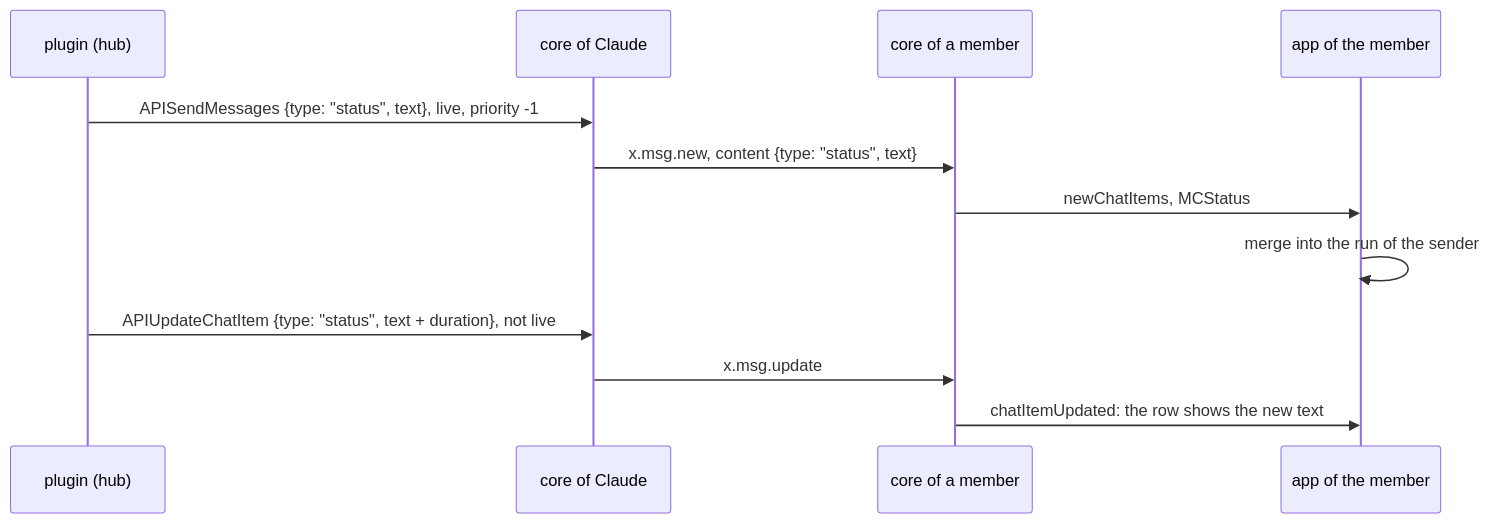
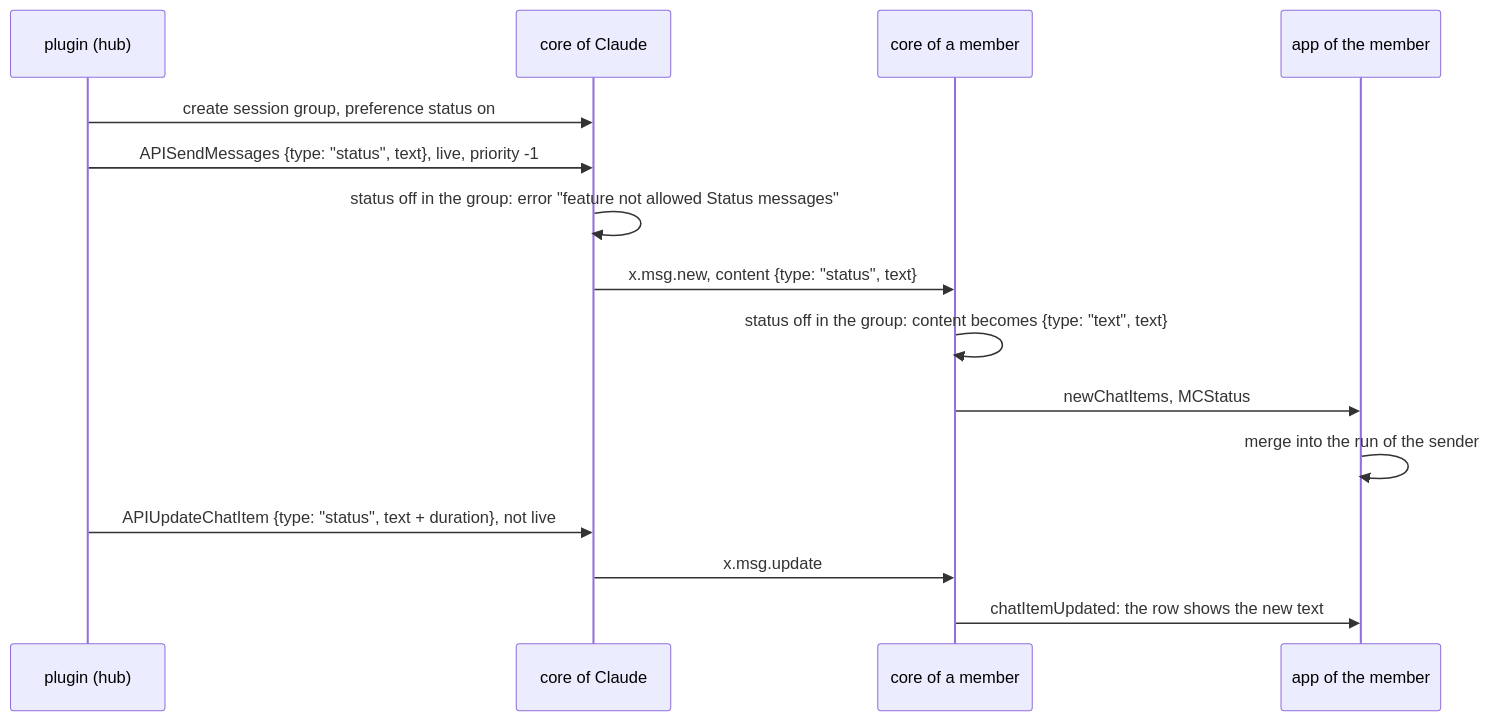
Before and after one commit to simplex-chat/simplex-chat: the first of 2 diagrams in plans/2026-11-14-status-messages.md, drawn with Mermaid. The commit also changed other lines of this file, not shown here.

Commit message:
plans: status messages, group preference

````diff
--- a/plans/2026-11-14-status-messages.md
+++ b/plans/2026-11-14-status-messages.md
@@ -51,14 +71,17 @@
 ```mermaid
 sequenceDiagram
   participant P as plugin (hub)
   participant C as core of Claude
   participant R as core of a member
   participant A as app of the member
+  P->>C: create session group, preference status on
   P->>C: APISendMessages {type: "status", text}, live, priority -1
+  C->>C: status off in the group: error "feature not allowed Status messages"
   C->>R: x.msg.new, content {type: "status", text}
+  R->>R: status off in the group: content becomes {type: "text", text}
   R->>A: newChatItems, MCStatus
   A->>A: merge into the run of the sender
   P->>C: APIUpdateChatItem {type: "status", text + duration}, not live
   C->>R: x.msg.update
   R->>A: chatItemUpdated: the row shows the new text
 ```
````
